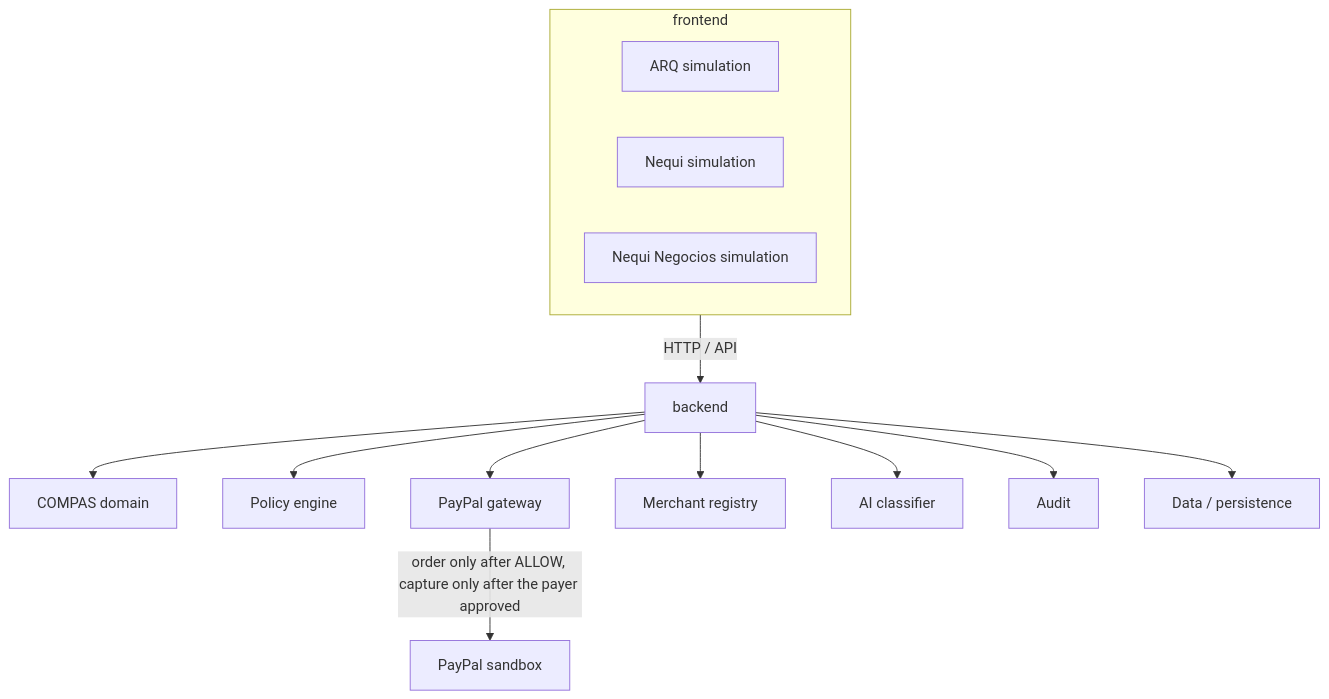
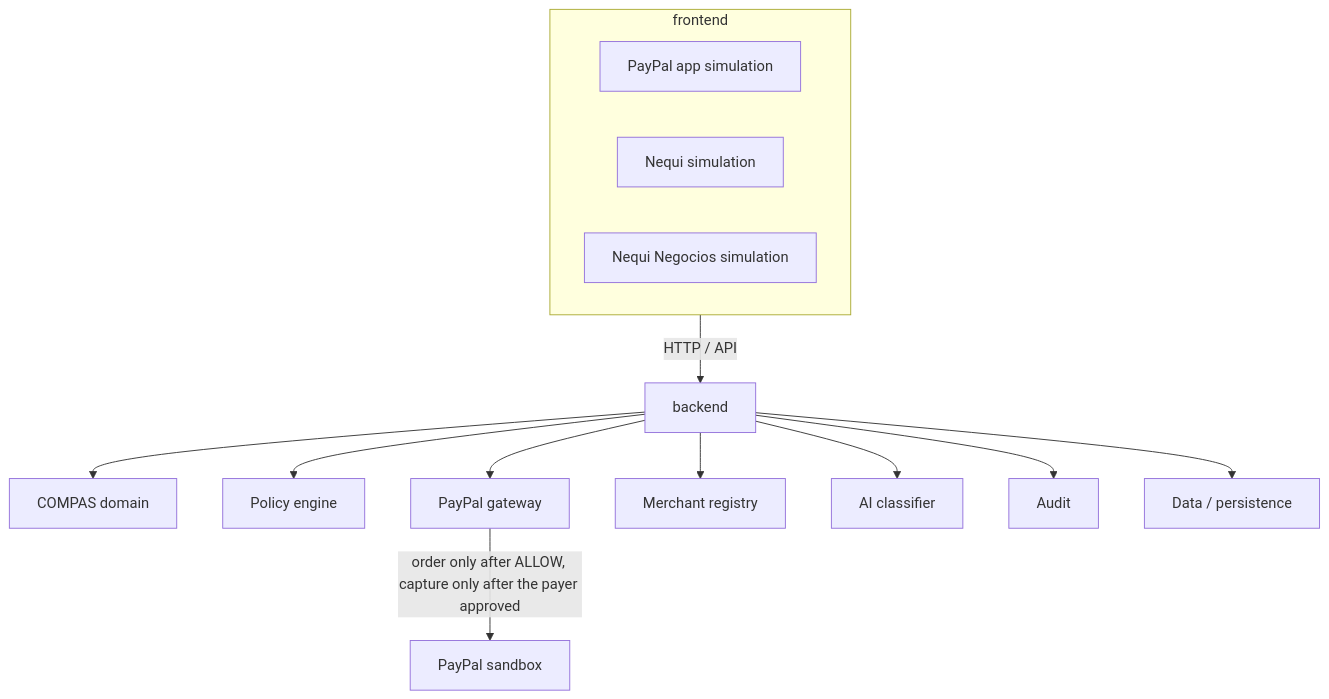
Before and after one commit to Juanqu261/compas-paypal: the first of 4 diagrams in docs/03-architecture.md, drawn with Mermaid. The commit also changed other lines of this file and 63 other files, not shown here.

````diff
--- a/docs/03-architecture.md
+++ b/docs/03-architecture.md
@@ -9,28 +9,28 @@
 ```mermaid
 flowchart TB
   subgraph frontendApp ["frontend"]
-    arq["ARQ simulation"]
+    paypalApp["PayPal app simulation"]
     nequi["Nequi simulation"]
     business["Nequi Negocios simulation"]
   end
 
   backendApp["backend"]
   domain["COMPAS domain"]
   policy["Policy engine"]
   gateway["PayPal gateway"]
   registry["Merchant registry"]
   classifier["AI classifier"]
   audit["Audit"]
   dataStore["Data / persistence"]
   paypal["PayPal sandbox"]
 
   frontendApp -->|"HTTP / API"| backendApp
   backendApp --> domain
   backendApp --> policy
   backendApp --> gateway
   backendApp --> registry
   backendApp --> classifier
   backendApp --> audit
   backendApp --> dataStore
   gateway -->|"order only after ALLOW, capture only after the payer approved"| paypal
 ```
````
